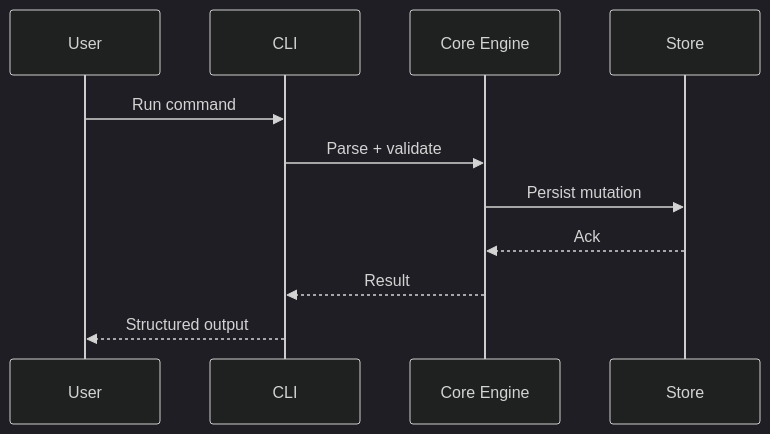
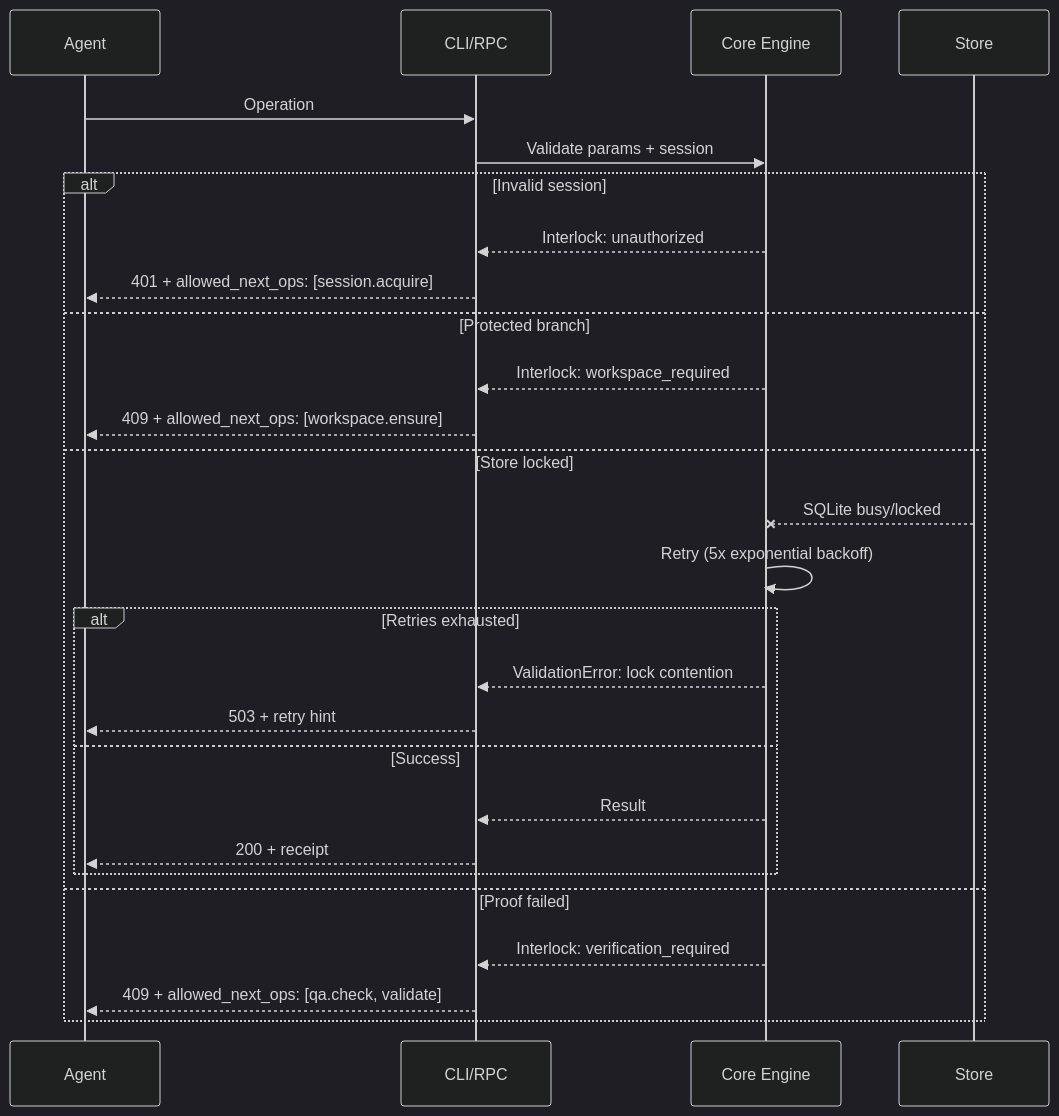
The fifth of 5 diagrams in .decapod/generated/specs/ARCHITECTURE.md (DecapodLabs/decapod), drawn with Mermaid (dark theme) before and after one commit. The commit also changed other lines of this file and 8 other files, not shown here.

````diff
--- a/.decapod/generated/specs/ARCHITECTURE.md
+++ b/.decapod/generated/specs/ARCHITECTURE.md
@@ -52,13 +217,30 @@
 ```mermaid
 sequenceDiagram
-  participant U as User
-  participant C as CLI
+  participant A as Agent
+  participant C as CLI/RPC
   participant E as Core Engine
   participant S as Store
-  U->>C: Run command
-  C->>E: Parse + validate
-  E->>S: Persist mutation
-  S-->>E: Ack
-  E-->>C: Result
-  C-->>U: Structured output
+  
+  A->>C: Operation
+  C->>E: Validate params + session
+  alt Invalid session
+    E-->>C: Interlock: unauthorized
+    C-->>A: 401 + allowed_next_ops: [session.acquire]
+  else Protected branch
+    E-->>C: Interlock: workspace_required
+    C-->>A: 409 + allowed_next_ops: [workspace.ensure]
+  else Store locked
+    S--xE: SQLite busy/locked
+    E->>E: Retry (5x exponential backoff)
+    alt Retries exhausted
+      E-->>C: ValidationError: lock contention
+      C-->>A: 503 + retry hint
+    else Success
+      E-->>C: Result
+      C-->>A: 200 + receipt
+    end
+  else Proof failed
+    E-->>C: Interlock: verification_required
+    C-->>A: 409 + allowed_next_ops: [qa.check, validate]
+  end
 ```
````
